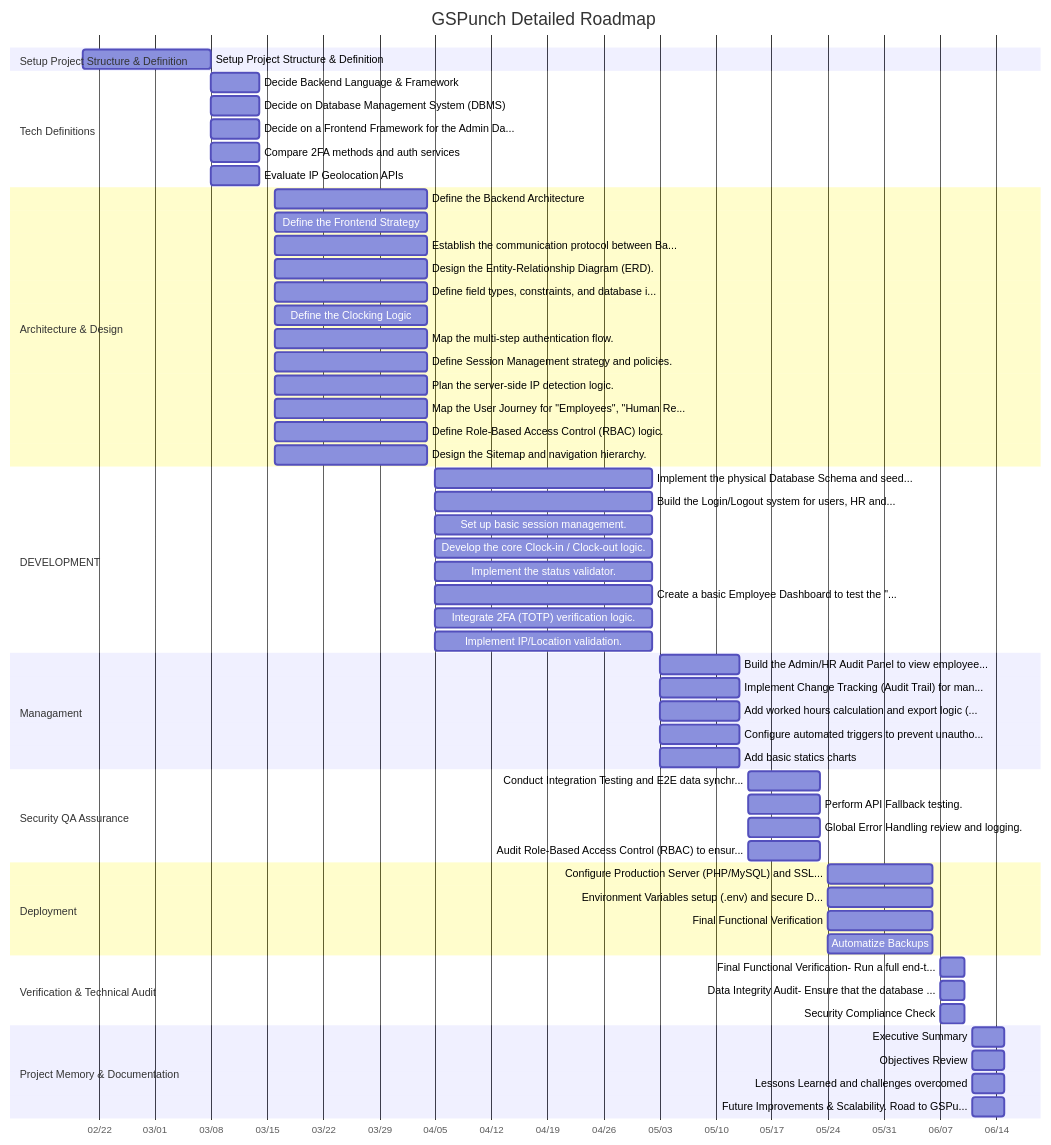
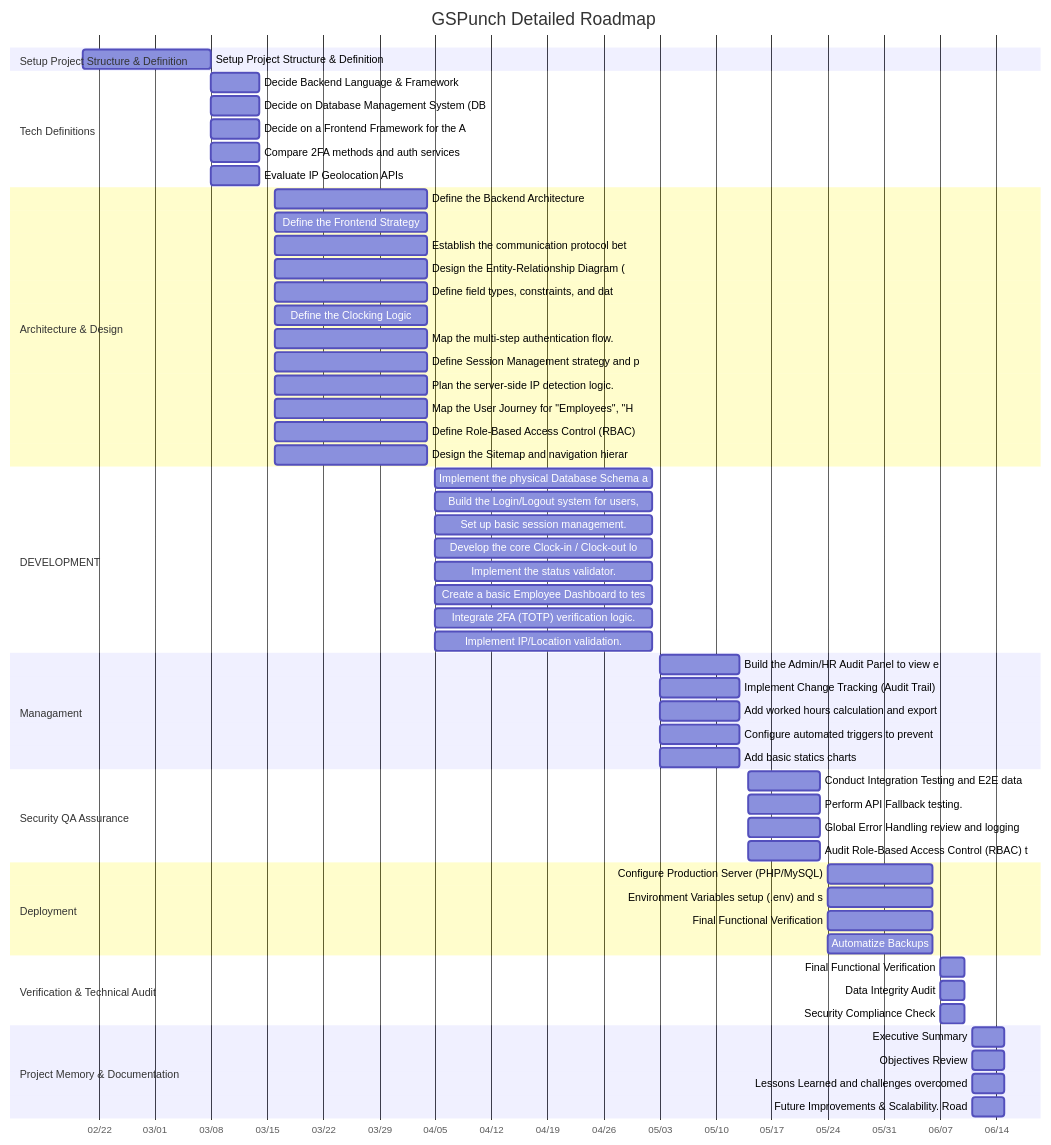
The diagram in README.md (jejomoca/GSPunch), drawn with Mermaid before and after one commit.

Commit message:
docs: automated roadmap sync 21:51

````diff
--- a/README.md
+++ b/README.md
@@ -3,61 +3,61 @@
 ```mermaid
 gantt
     title GSPunch Detailed Roadmap
     dateFormat YYYY-MM-DD
     axisFormat %m/%d
     section Setup Project Structure & Definition
     Setup Project Structure & Definition : 2026-02-20, 2026-03-08
     section Tech Definitions
     Decide Backend Language & Framework : 2026-03-08, 2026-03-14
-    Decide on Database Management System (DBMS) : 2026-03-08, 2026-03-14
-    Decide on a Frontend Framework for the Admin Da... : 2026-03-08, 2026-03-14
+    Decide on Database Management System (DB : 2026-03-08, 2026-03-14
+    Decide on a Frontend Framework for the A : 2026-03-08, 2026-03-14
     Compare 2FA methods and auth services : 2026-03-08, 2026-03-14
     Evaluate IP Geolocation APIs : 2026-03-08, 2026-03-14
     section Architecture & Design
     Define the Backend Architecture : 2026-03-16, 2026-04-04
     Define the Frontend Strategy : 2026-03-16, 2026-04-04
-    Establish the communication protocol between Ba... : 2026-03-16, 2026-04-04
-    Design the Entity-Relationship Diagram (ERD). : 2026-03-16, 2026-04-04
-    Define field types, constraints, and database i... : 2026-03-16, 2026-04-04
+    Establish the communication protocol bet : 2026-03-16, 2026-04-04
+    Design the Entity-Relationship Diagram ( : 2026-03-16, 2026-04-04
+    Define field types, constraints, and dat : 2026-03-16, 2026-04-04
     Define the Clocking Logic : 2026-03-16, 2026-04-04
     Map the multi-step authentication flow. : 2026-03-16, 2026-04-04
-    Define Session Management strategy and policies. : 2026-03-16, 2026-04-04
+    Define Session Management strategy and p : 2026-03-16, 2026-04-04
     Plan the server-side IP detection logic. : 2026-03-16, 2026-04-04
-    Map the User Journey for "Employees", "Human Re... : 2026-03-16, 2026-04-04
-    Define Role-Based Access Control (RBAC) logic. : 2026-03-16, 2026-04-04
-    Design the Sitemap and navigation hierarchy. : 2026-03-16, 2026-04-04
+    Map the User Journey for "Employees", "H : 2026-03-16, 2026-04-04
+    Define Role-Based Access Control (RBAC) : 2026-03-16, 2026-04-04
+    Design the Sitemap and navigation hierar : 2026-03-16, 2026-04-04
     section DEVELOPMENT
-    Implement the physical Database Schema and seed... : 2026-04-05, 2026-05-02
-    Build the Login/Logout system for users, HR and... : 2026-04-05, 2026-05-02
+    Implement the physical Database Schema a : 2026-04-05, 2026-05-02
+    Build the Login/Logout system for users, : 2026-04-05, 2026-05-02
     Set up basic session management. : 2026-04-05, 2026-05-02
-    Develop the core Clock-in / Clock-out logic. : 2026-04-05, 2026-05-02
+    Develop the core Clock-in / Clock-out lo : 2026-04-05, 2026-05-02
     Implement the status validator. : 2026-04-05, 2026-05-02
-    Create a basic Employee Dashboard to test the "... : 2026-04-05, 2026-05-02
+    Create a basic Employee Dashboard to tes : 2026-04-05, 2026-05-02
     Integrate 2FA (TOTP) verification logic. : 2026-04-05, 2026-05-02
     Implement IP/Location validation. : 2026-04-05, 2026-05-02
     section Managament
-    Build the Admin/HR Audit Panel to view employee... : 2026-05-03, 2026-05-13
-    Implement Change Tracking (Audit Trail) for man... : 2026-05-03, 2026-05-13
-    Add worked hours calculation and export logic (... : 2026-05-03, 2026-05-13
-    Configure automated triggers to prevent unautho... : 2026-05-03, 2026-05-13
+    Build the Admin/HR Audit Panel to view e : 2026-05-03, 2026-05-13
+    Implement Change Tracking (Audit Trail) : 2026-05-03, 2026-05-13
+    Add worked hours calculation and export : 2026-05-03, 2026-05-13
+    Configure automated triggers to prevent : 2026-05-03, 2026-05-13
     Add basic statics charts : 2026-05-03, 2026-05-13
     section Security QA Assurance
-    Conduct Integration Testing and E2E data synchr... : 2026-05-14, 2026-05-23
+    Conduct Integration Testing and E2E data : 2026-05-14, 2026-05-23
     Perform API Fallback testing. : 2026-05-14, 2026-05-23
-    Global Error Handling review and logging. : 2026-05-14, 2026-05-23
-    Audit Role-Based Access Control (RBAC) to ensur... : 2026-05-14, 2026-05-23
+    Global Error Handling review and logging : 2026-05-14, 2026-05-23
+    Audit Role-Based Access Control (RBAC) t : 2026-05-14, 2026-05-23
     section Deployment
-    Configure Production Server (PHP/MySQL) and SSL... : 2026-05-24, 2026-06-06
-    Environment Variables setup (.env) and secure D... : 2026-05-24, 2026-06-06
+    Configure Production Server (PHP/MySQL) : 2026-05-24, 2026-06-06
+    Environment Variables setup (.env) and s : 2026-05-24, 2026-06-06
     Final Functional Verification : 2026-05-24, 2026-06-06
     Automatize Backups : 2026-05-24, 2026-06-06
     section Verification & Technical Audit
-    Final Functional Verification- Run a full end-t... : 2026-06-07, 2026-06-10
-    Data Integrity Audit- Ensure that the database ... : 2026-06-07, 2026-06-10
+    Final Functional Verification: Run a ful : 2026-06-07, 2026-06-10
+    Data Integrity Audit: Ensure that the da : 2026-06-07, 2026-06-10
     Security Compliance Check : 2026-06-07, 2026-06-10
     section Project Memory & Documentation
     Executive Summary : 2026-06-11, 2026-06-15
     Objectives Review : 2026-06-11, 2026-06-15
     Lessons Learned and challenges overcomed : 2026-06-11, 2026-06-15
-    Future Improvements & Scalability. Road to GSPu... : 2026-06-11, 2026-06-15
+    Future Improvements & Scalability. Road : 2026-06-11, 2026-06-15
 ```
````
